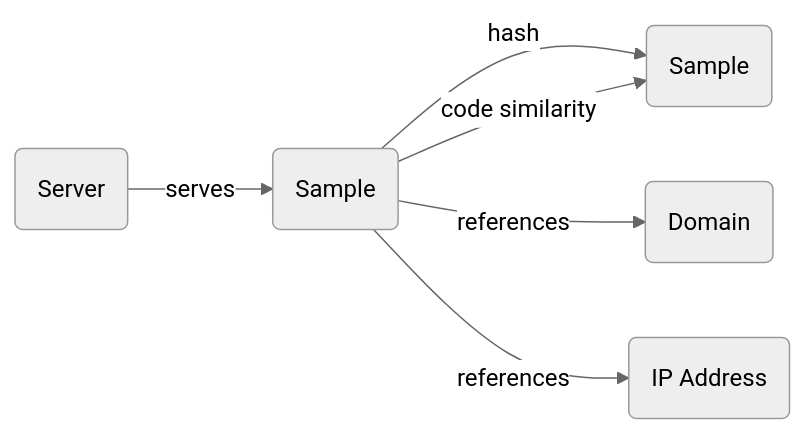
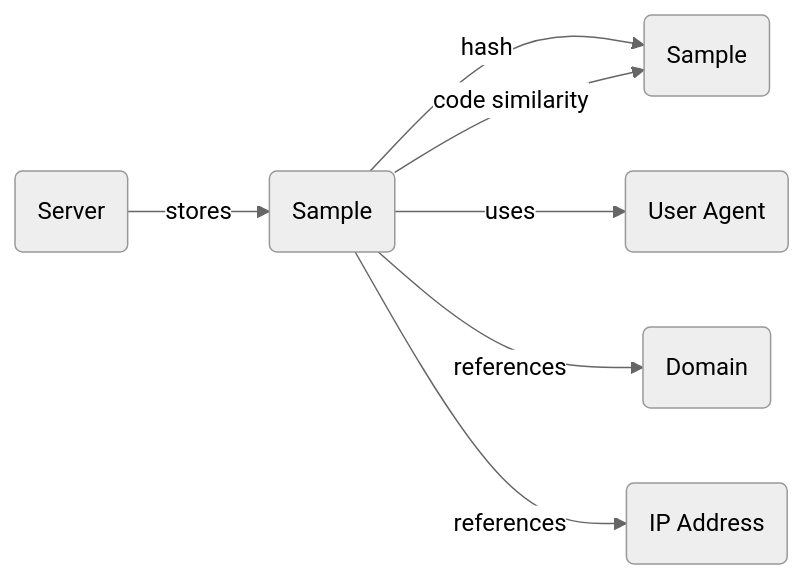
Before and after one commit to korniko98/pivot-atlas: the diagram in docs/artifacts/sample.md, drawn with Mermaid (neutral theme). The commit also changed 4 other files, not shown here.

````diff
--- a/docs/artifacts/sample.md
+++ b/docs/artifacts/sample.md
@@ -35,12 +35,13 @@
 	```mermaid
 	flowchart LR
-		SERVER("Server") -- serves --> SAMPLE("Sample")
+		SERVER("Server") -- stores --> SAMPLE("Sample")
 		SAMPLE -- hash --> SAMPLE_("Sample")
+		SAMPLE -- uses --> USER_AGENT("User Agent")
 		SAMPLE -- code similarity --> SAMPLE_
 		SAMPLE -- references --> DOMAIN("Domain")
 		SAMPLE -- references --> IP_ADDRESS("IP Address")
 		click SERVER "#servers"
 		click SAMPLE "#samples"
 		click DOMAIN "#domains"
 		click IP_ADDRESS "#ip-addresses"
 	```
````
